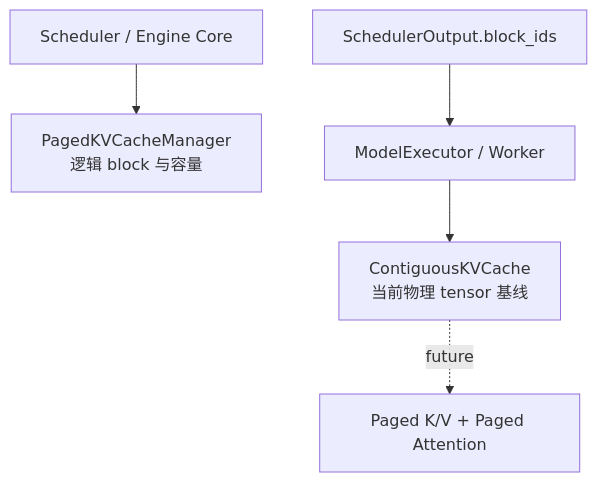
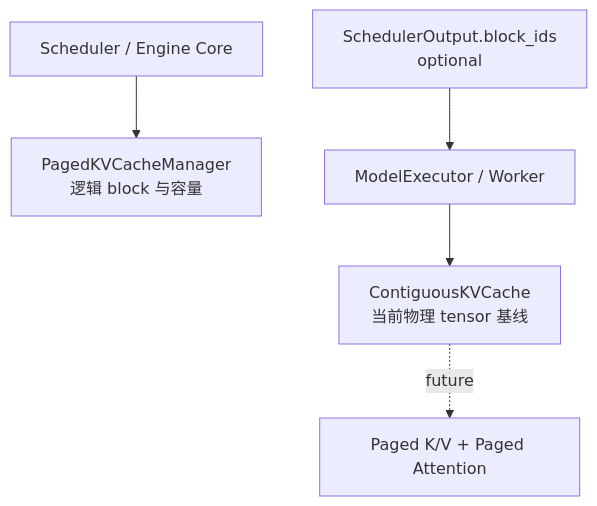
Before and after one commit to poorpaper/light-vllm: the second of 3 diagrams in docs/architecture.md, drawn with Mermaid. The commit also changed other lines of this file and 6 other files, not shown here.

Commit message:
refactor: make KV block tables optional

````diff
--- a/docs/architecture.md
+++ b/docs/architecture.md
@@ -121,7 +121,7 @@
 ```mermaid
 flowchart TB
     Scheduler["Scheduler / Engine Core"] --> Logical["PagedKVCacheManager<br/>逻辑 block 与容量"]
-    Output["SchedulerOutput.block_ids"] --> Executor["ModelExecutor / Worker"]
+    Output["SchedulerOutput.block_ids<br/>optional"] --> Executor["ModelExecutor / Worker"]
     Executor --> Physical["ContiguousKVCache<br/>当前物理 tensor 基线"]
     Physical -.future.-> Paged["Paged K/V + Paged Attention"]
 ```
````
